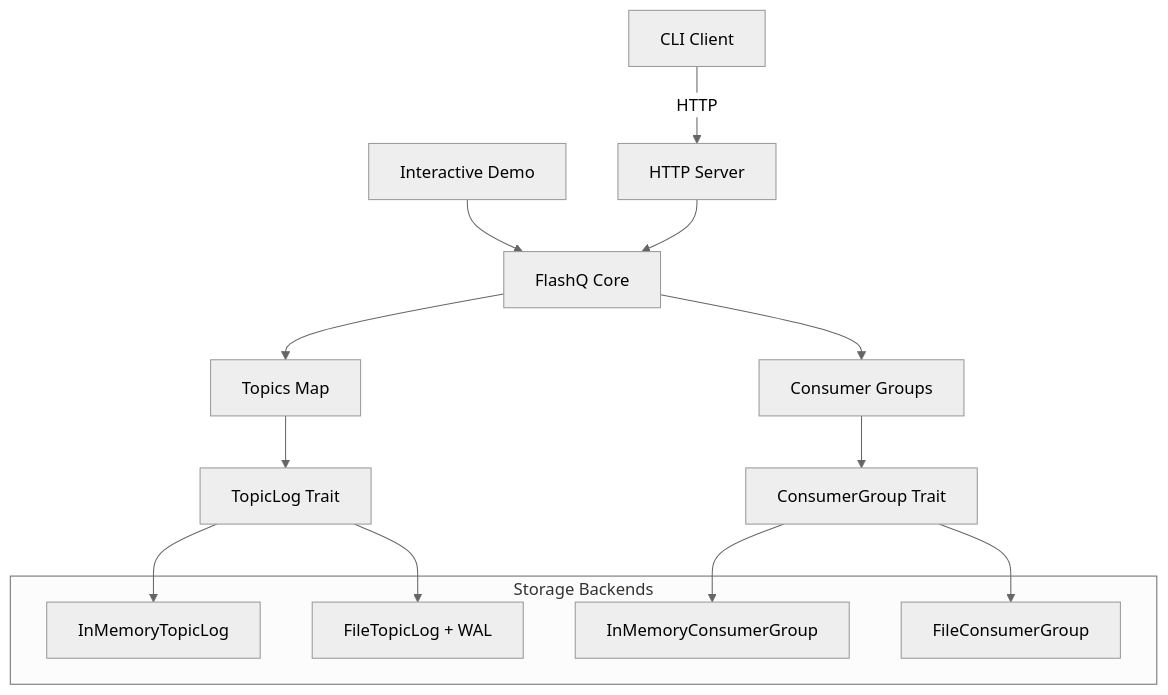
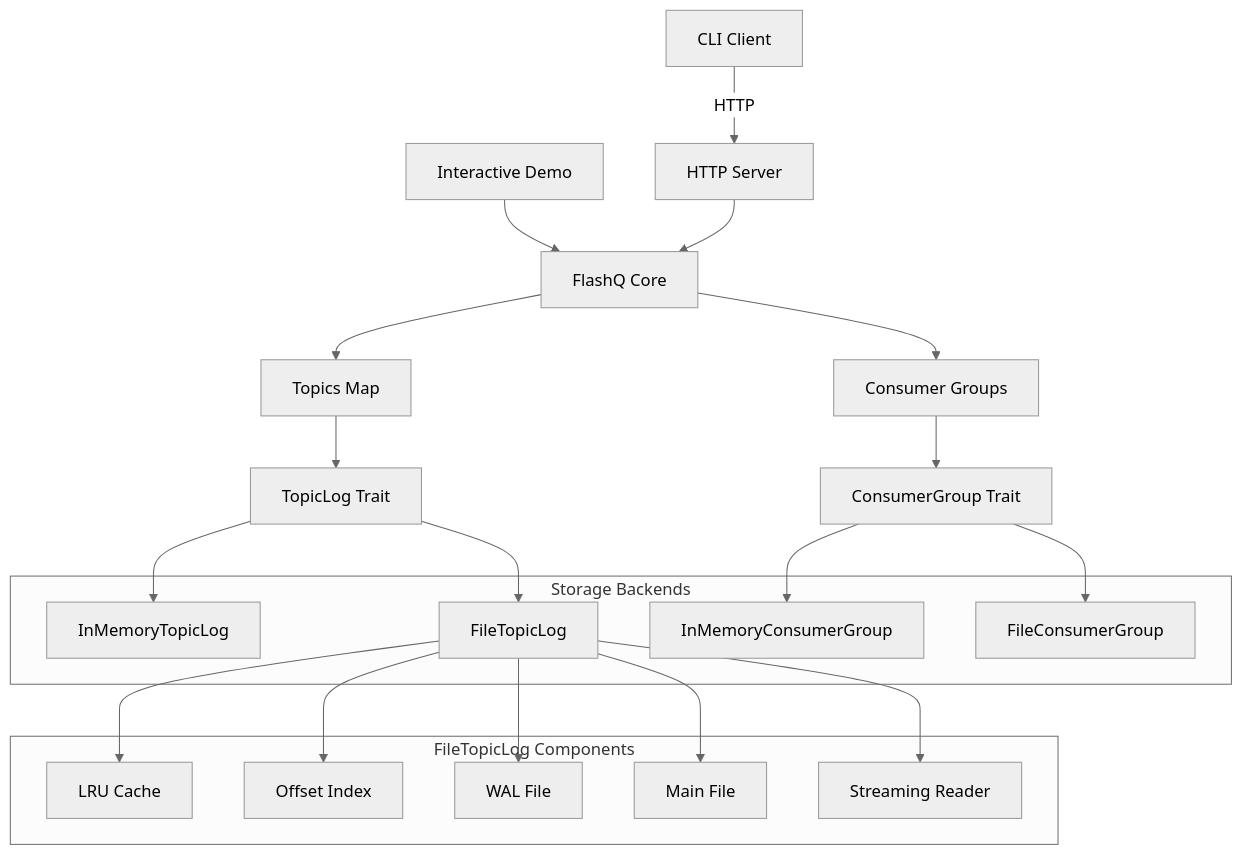
One commit to harshitmahapatra/flashq changed the first of 3 diagrams in docs/architecture.md. Above: the diagram before and after it, drawn with Mermaid (neutral theme). The commit also changed other lines of this file and 1 other file, not shown here.

````diff
--- a/docs/architecture.md
+++ b/docs/architecture.md
@@ -7,24 +7,38 @@
 ```mermaid
 graph TD
     A[CLI Client] -->|HTTP| B[HTTP Server]
     C[Interactive Demo] --> D[FlashQ Core]
     B --> D
     
     D --> E[Topics Map]
     D --> F[Consumer Groups]
     
     E --> G[TopicLog Trait]
     F --> H[ConsumerGroup Trait]
     
     subgraph "Storage Backends"
         I[InMemoryTopicLog]
-        J[FileTopicLog + WAL]
+        J[FileTopicLog]
         K[InMemoryConsumerGroup]
         L[FileConsumerGroup]
+    end
+    
+    subgraph "FileTopicLog Components"
+        M[LRU Cache]
+        N[Offset Index]
+        O[WAL File]
+        P[Main File]
+        Q[Streaming Reader]
     end
     
     G --> I
     G --> J
     H --> K
     H --> L
+    
+    J --> M
+    J --> N
+    J --> O
+    J --> P
+    J --> Q
 ```
````
